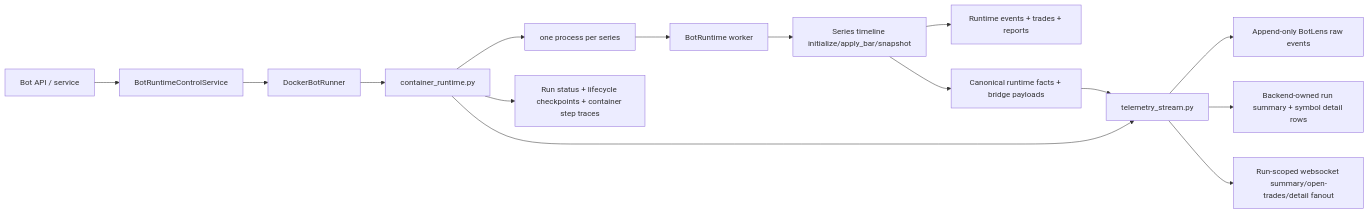
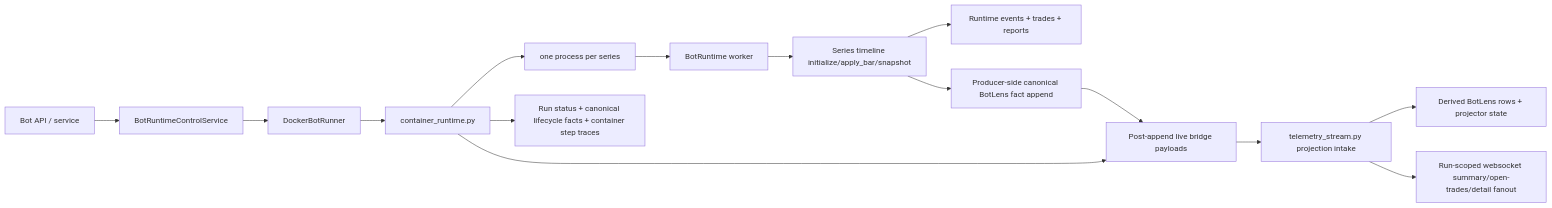
The diagram in docs/architecture/runtime/BOT_RUNTIME_SERVICE_ARCHITECTURE.md (elijahbrookss/quant-trad), drawn with Mermaid before and after one commit. The commit also changed other lines of this file and 13 other files, not shown here.

Commit message:
docs(botlens): refresh runtime storage and reporting architecture docs

````diff
--- a/docs/architecture/runtime/BOT_RUNTIME_SERVICE_ARCHITECTURE.md
+++ b/docs/architecture/runtime/BOT_RUNTIME_SERVICE_ARCHITECTURE.md
@@ -71,17 +79,17 @@
 ```mermaid
 flowchart LR
     A[Bot API / service] --> B[BotRuntimeControlService]
     B --> C[DockerBotRunner]
     C --> D[container_runtime.py]
     D --> E[one process per series]
     E --> F[BotRuntime worker]
     F --> G[Series timeline initialize/apply_bar/snapshot]
     G --> H[Runtime events + trades + reports]
-    G --> I[Canonical runtime facts + bridge payloads]
-    I --> J[telemetry_stream.py]
+    G --> I[Producer-side canonical BotLens fact append]
+    I --> J[Post-append live bridge payloads]
     D --> J
-    J --> K[Append-only BotLens raw events]
-    J --> L[Backend-owned run summary + symbol detail rows]
-    J --> M[Run-scoped websocket summary/open-trades/detail fanout]
-    D --> N[Run status + lifecycle checkpoints + container step traces]
+    J --> K[telemetry_stream.py projection intake]
+    K --> L[Derived BotLens rows + projector state]
+    K --> M[Run-scoped websocket summary/open-trades/detail fanout]
+    D --> N[Run status + canonical lifecycle facts + container step traces]
 ```
````
